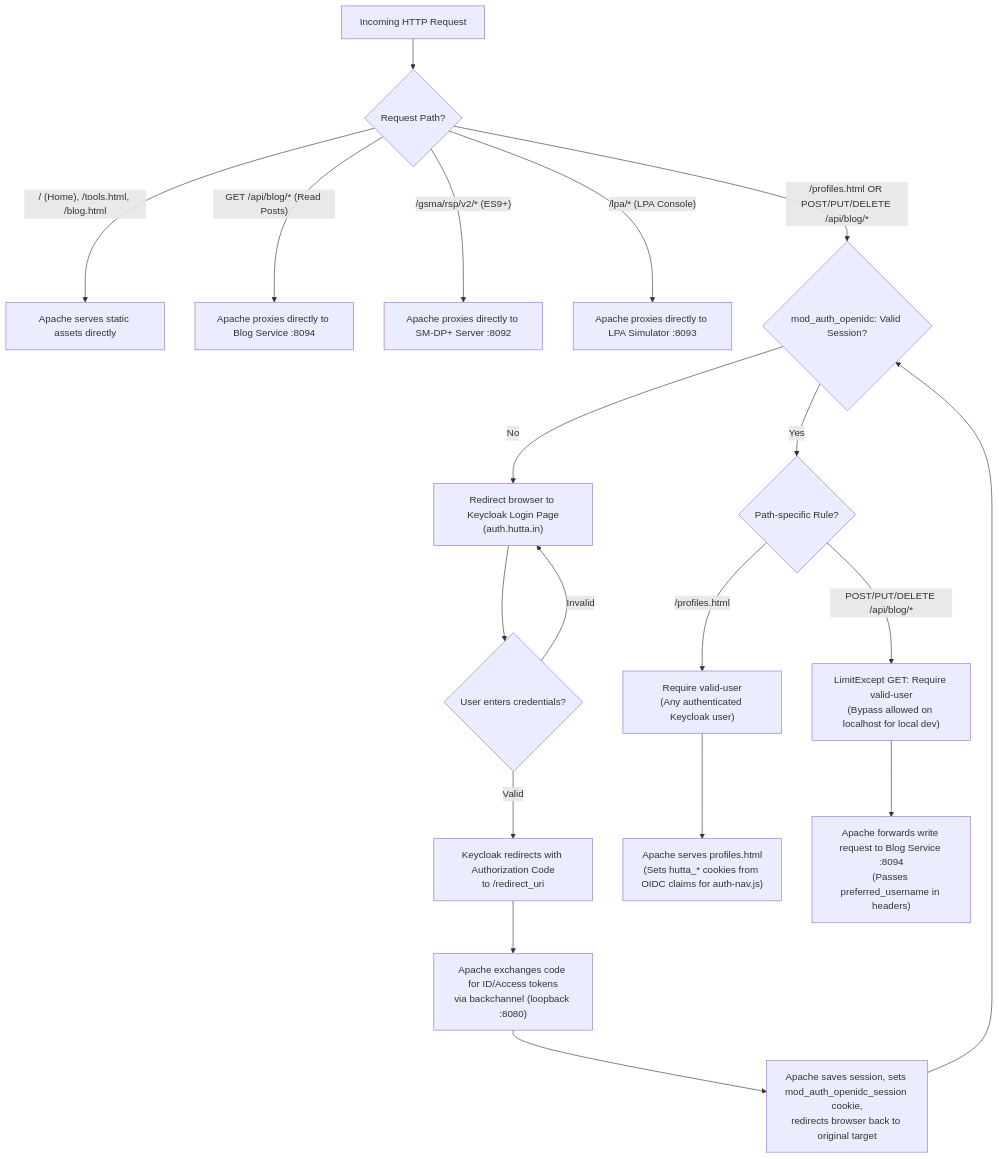
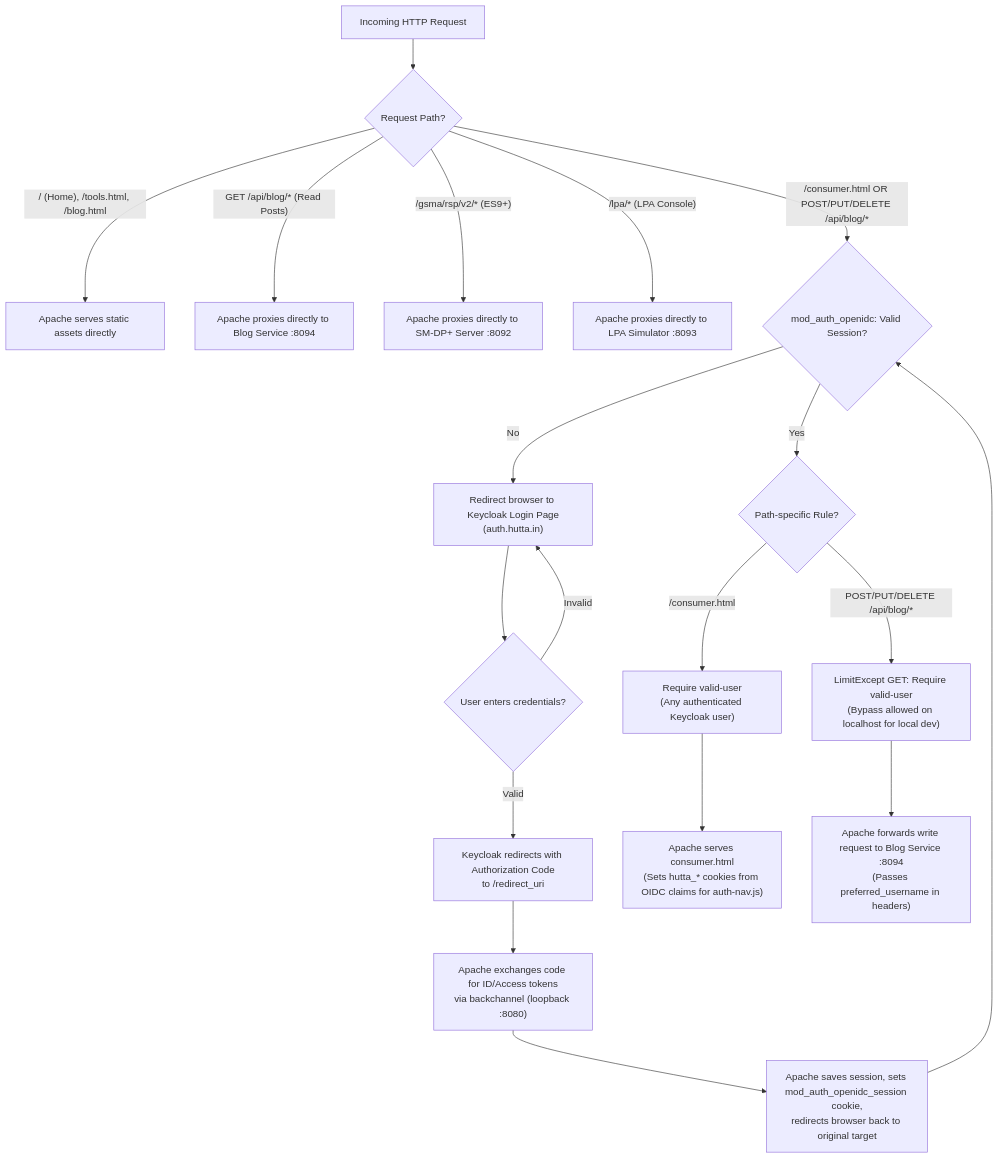
One commit to muku3011/website changed the fourth of 5 diagrams in README.md. Above: the diagram before and after it, drawn with Mermaid. The commit also changed other lines of this file and 11 other files, not shown here.

Commit message:
refactor: rename profiles.html to consumer.html and apply references globally

````diff
--- a/README.md
+++ b/README.md
@@ -194,33 +194,33 @@
 ```mermaid
 flowchart TD
     Request["Incoming HTTP Request"] --> Path{"Request Path?"}
 
     %% Public Paths
     Path -->|"/ (Home), /tools.html, /blog.html"| ServePublic["Apache serves static assets directly"]
     Path -->|"GET /api/blog/* (Read Posts)"| ProxyBlogRead["Apache proxies directly to Blog Service :8094"]
     Path -->|"/gsma/rsp/v2/* (ES9+)"| ProxySMDP["Apache proxies directly to SM-DP+ Server :8092"]
     Path -->|"/lpa/* (LPA Console)"| ProxyLPA["Apache proxies directly to LPA Simulator :8093"]
 
     %% Protected Paths
-    Path -->|"/profiles.html OR POST/PUT/DELETE /api/blog/*"| Interceptor{"mod_auth_openidc: Valid Session?"}
+    Path -->|"/consumer.html OR POST/PUT/DELETE /api/blog/*"| Interceptor{"mod_auth_openidc: Valid Session?"}
 
     %% Session Validation
     Interceptor -->|Yes| AuthRule{"Path-specific Rule?"}
     Interceptor -->|No| RedirectKC["Redirect browser to Keycloak Login Page\n(auth.hutta.in)"]
 
     %% Keycloak Authentication flow
     RedirectKC --> Login{"User enters credentials?"}
     Login -->|Valid| AuthCode["Keycloak redirects with Authorization Code\nto /redirect_uri"]
     Login -->|Invalid| RedirectKC
     AuthCode --> Exchange["Apache exchanges code for ID/Access tokens\nvia backchannel (loopback :8080)"]
     Exchange --> SaveSession["Apache saves session, sets mod_auth_openidc_session cookie,\nredirects browser back to original target"]
     SaveSession --> Interceptor
 
     %% Authorization rules
-    AuthRule -->|"/profiles.html"| RequireValidUser1["Require valid-user\n(Any authenticated Keycloak user)"]
+    AuthRule -->|"/consumer.html"| RequireValidUser1["Require valid-user\n(Any authenticated Keycloak user)"]
     AuthRule -->|"POST/PUT/DELETE /api/blog/*"| RequireValidUser2["LimitExcept GET: Require valid-user\n(Bypass allowed on localhost for local dev)"]
-
+    
     %% Downstream Forwards
-    RequireValidUser1 --> ServeProfiles["Apache serves profiles.html\n(Sets hutta_* cookies from OIDC claims for auth-nav.js)"]
+    RequireValidUser1 --> ServeProfiles["Apache serves consumer.html\n(Sets hutta_* cookies from OIDC claims for auth-nav.js)"]
     RequireValidUser2 --> ProxyBlogWrite["Apache forwards write request to Blog Service :8094\n(Passes preferred_username in headers)"]
 ```
````
